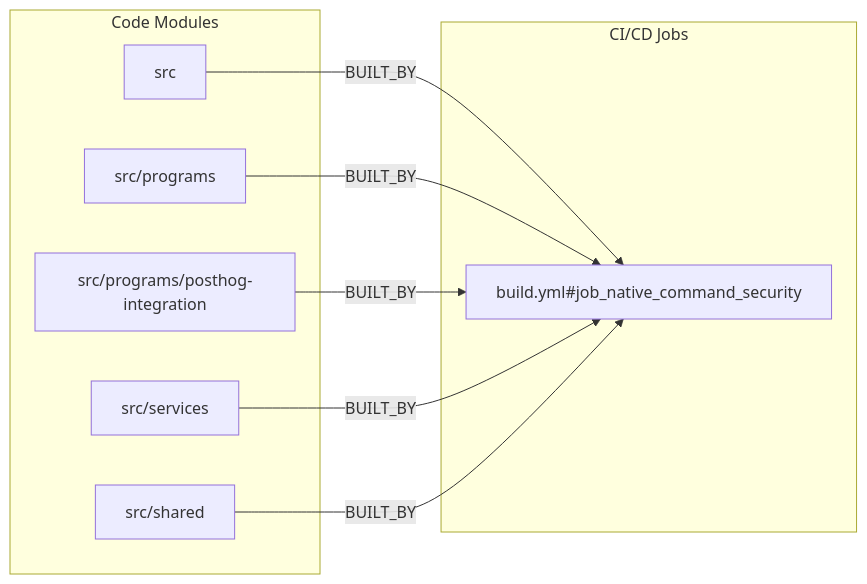
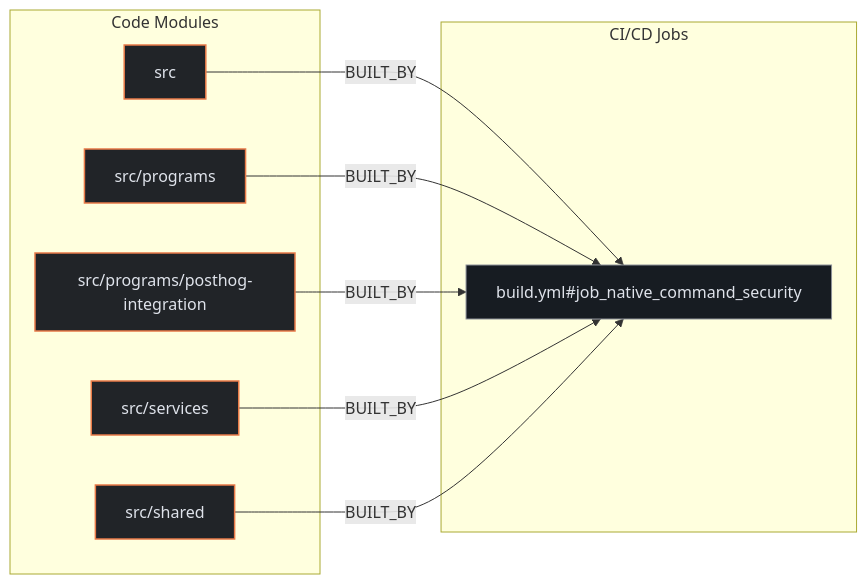
Before and after one commit to kumarshaz/atruss-code-atlas: the second of 3 diagrams in exports/latest/reports/PostHog-wizard-report.md, drawn with Mermaid. The commit also changed other lines of this file and 331 other files, not shown here.

Commit message:
docs,ui,fix: update SDLC docs, reorder CI/CD DAG first, stylize Mermaid, and fix Arc42 pipeline topology

````diff
--- a/exports/latest/reports/PostHog-wizard-report.md
+++ b/exports/latest/reports/PostHog-wizard-report.md
@@ -211,18 +218,22 @@
 ```mermaid
 flowchart LR
+    classDef atlasCategory fill:#212428,stroke:#E87A48,stroke-width:1.5px,color:#dfe3eb
+    classDef atlasWorkflow fill:#1b2026,stroke:#a3c9ff,stroke-width:1.5px,color:#dfe3eb
+    classDef atlasJob fill:#171c22,stroke:#8d9199,stroke-width:1px,color:#dfe3eb
+    classDef atlasTarget fill:#005227,stroke:#8bd99b,stroke-width:1.5px,color:#a7f6b6
     subgraph code_modules["Code Modules"]
-        mod_src["src"]
-        mod_src_programs["src/programs"]
-        mod_src_programs_posthog_integration["src/programs/posthog-integration"]
-        mod_src_services["src/services"]
-        mod_src_shared["src/shared"]
+        mod_src["src"]:::atlasCategory
+        mod_src_programs["src/programs"]:::atlasCategory
+        mod_src_programs_posthog_integration["src/programs/posthog-integration"]:::atlasCategory
+        mod_src_services["src/services"]:::atlasCategory
+        mod_src_shared["src/shared"]:::atlasCategory
     end
     subgraph ci_jobs["CI/CD Jobs"]
-        job_build_yml_job_native_command_security["build.yml#job_native_command_security"]
+        job_build_yml_job_native_command_security["build.yml#job_native_command_security"]:::atlasJob
     end
     mod_src -->|BUILT_BY| job_build_yml_job_native_command_security
     mod_src_programs -->|BUILT_BY| job_build_yml_job_native_command_security
     mod_src_programs_posthog_integration -->|BUILT_BY| job_build_yml_job_native_command_security
     mod_src_services -->|BUILT_BY| job_build_yml_job_native_command_security
     mod_src_shared -->|BUILT_BY| job_build_yml_job_native_command_security
 ```
````
